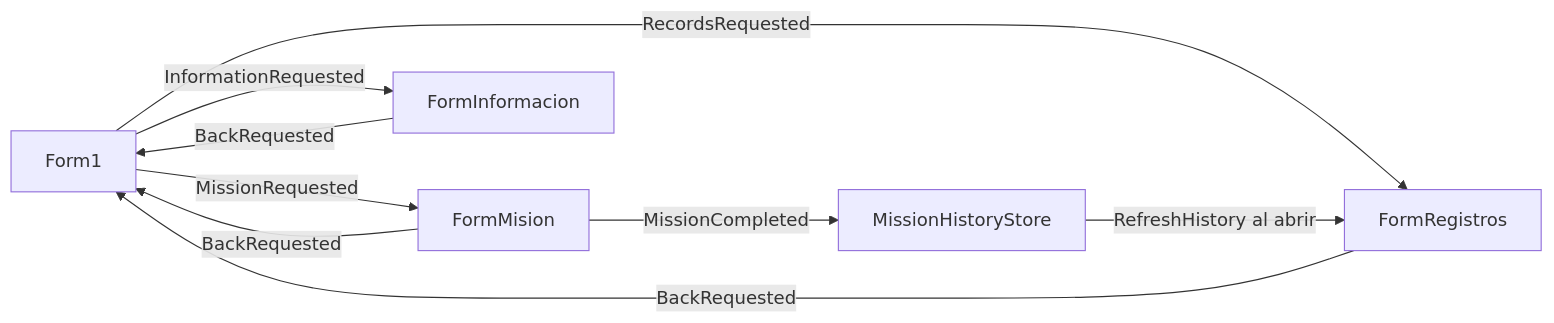
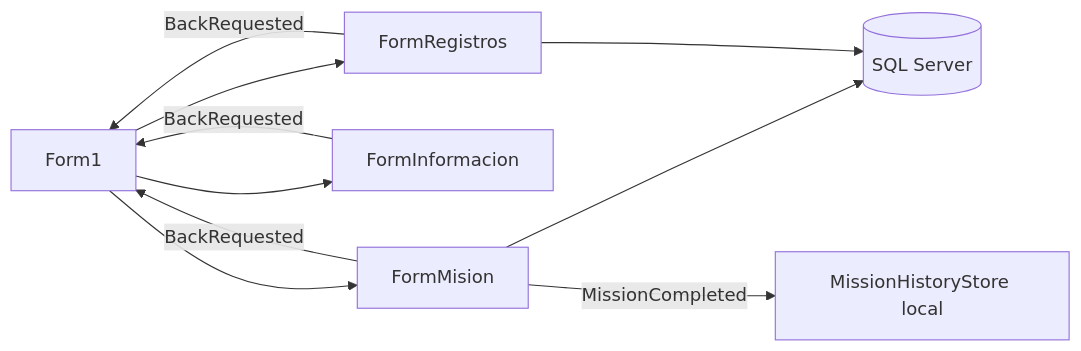
Before and after one commit to heydamsam-create/nexus: the diagram in docs/arquitectura-actual.md, drawn with Mermaid. The commit also changed other lines of this file and 10 other files, not shown here.

````diff
--- a/docs/arquitectura-actual.md
+++ b/docs/arquitectura-actual.md
@@ -30,11 +28,12 @@
 ```mermaid
 flowchart LR
-    Menu[Form1] -->|MissionRequested| Mision[FormMision]
-    Menu -->|InformationRequested| Info[FormInformacion]
-    Menu -->|RecordsRequested| Registros[FormRegistros]
+    Menu[Form1] --> Mision[FormMision]
+    Menu --> Info[FormInformacion]
+    Menu --> Registros[FormRegistros]
     Mision -->|BackRequested| Menu
     Info -->|BackRequested| Menu
     Registros -->|BackRequested| Menu
-    Mision -->|MissionCompleted| Store[MissionHistoryStore]
-    Store -->|RefreshHistory al abrir| Registros
+    Mision --> DB[(SQL Server)]
+    Registros --> DB
+    Mision -->|MissionCompleted| JSON[MissionHistoryStore local]
 ```
````
